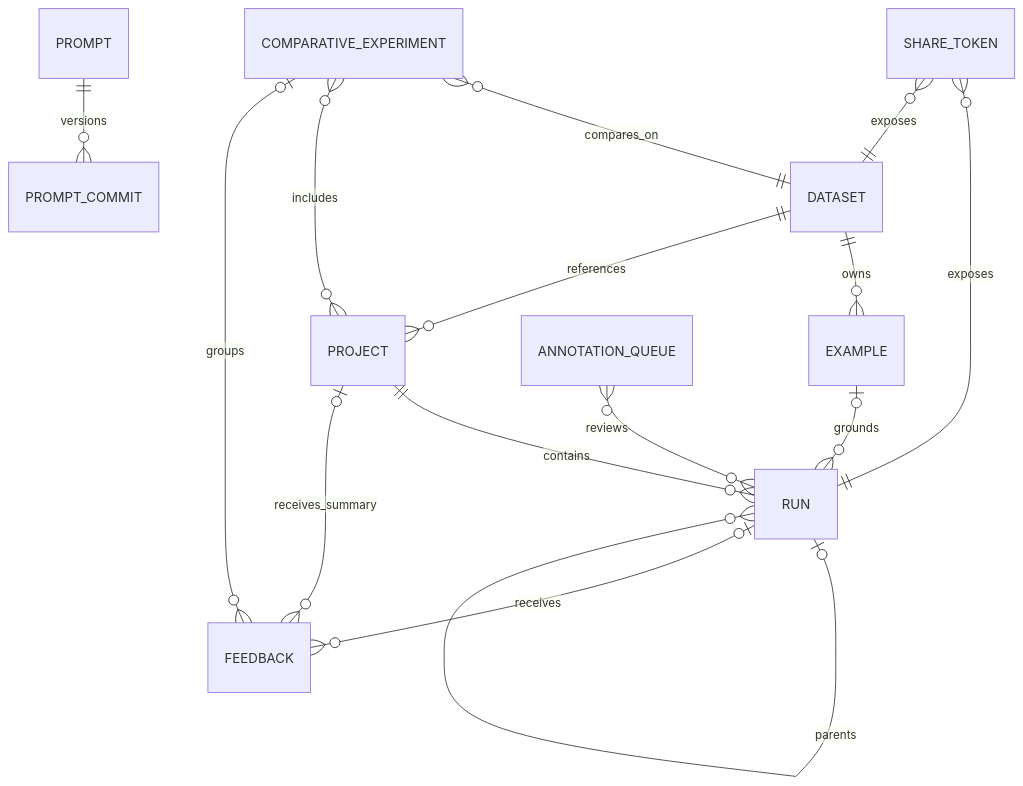
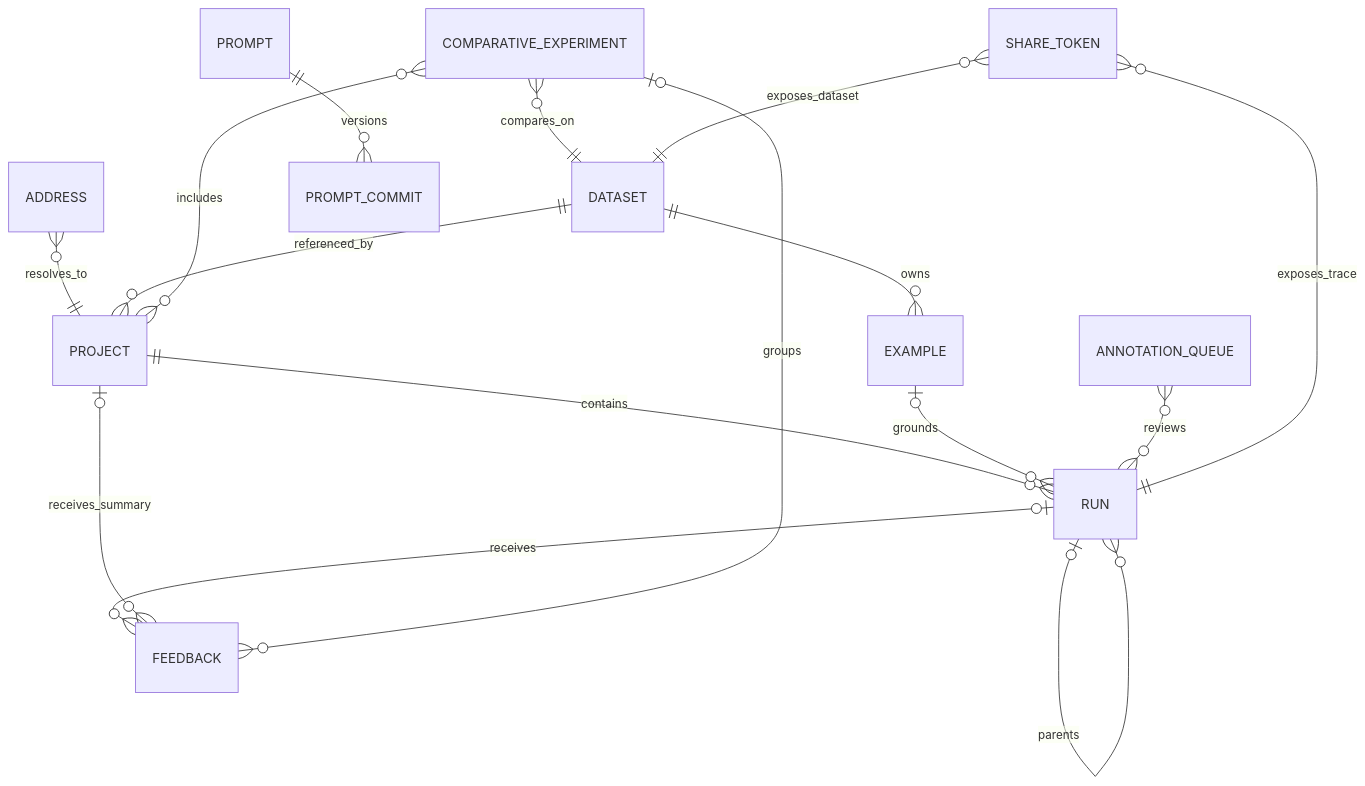
One commit to langchain-ai/langsmith-sdk changed the first of 2 diagrams in openwiki/concepts/platform-client.md. Above: the diagram before and after it, drawn with Mermaid. The commit also changed other lines of this file and 34 other files, not shown here.

````diff
--- a/openwiki/concepts/platform-client.md
+++ b/openwiki/concepts/platform-client.md
@@ -35,17 +47,18 @@
 ```mermaid
 erDiagram
+    ADDRESS }o--|| PROJECT : resolves_to
     PROJECT ||--o{ RUN : contains
     DATASET ||--o{ EXAMPLE : owns
-    DATASET ||--o{ PROJECT : references
+    DATASET ||--o{ PROJECT : referenced_by
     EXAMPLE o|--o{ RUN : grounds
     RUN o|--o{ RUN : parents
     RUN o|--o{ FEEDBACK : receives
     PROJECT o|--o{ FEEDBACK : receives_summary
     COMPARATIVE_EXPERIMENT }o--|| DATASET : compares_on
     COMPARATIVE_EXPERIMENT }o--o{ PROJECT : includes
     COMPARATIVE_EXPERIMENT o|--o{ FEEDBACK : groups
     ANNOTATION_QUEUE }o--o{ RUN : reviews
     PROMPT ||--o{ PROMPT_COMMIT : versions
-    SHARE_TOKEN }o--|| RUN : exposes
-    SHARE_TOKEN }o--|| DATASET : exposes
+    SHARE_TOKEN }o--|| RUN : exposes_trace
+    SHARE_TOKEN }o--|| DATASET : exposes_dataset
 ```
````
